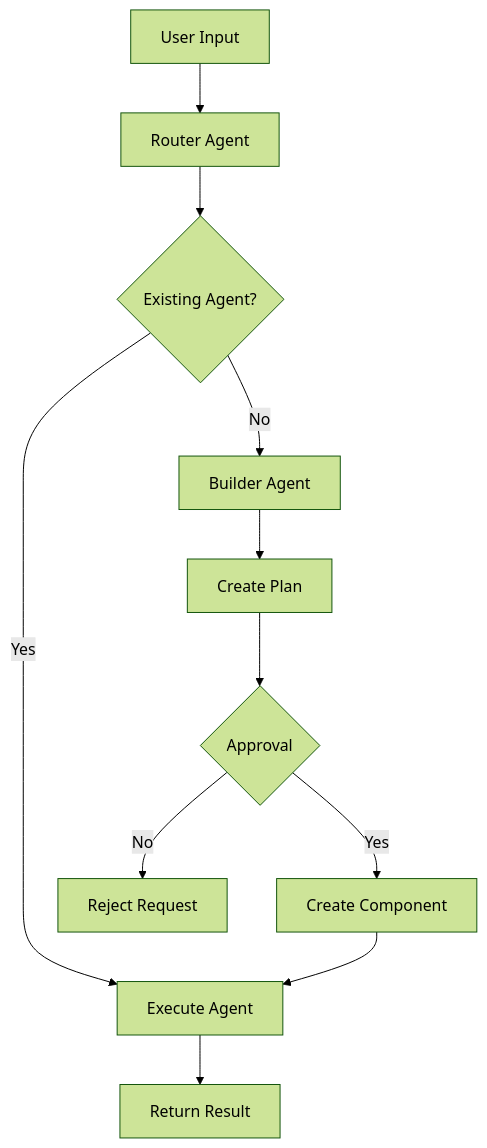
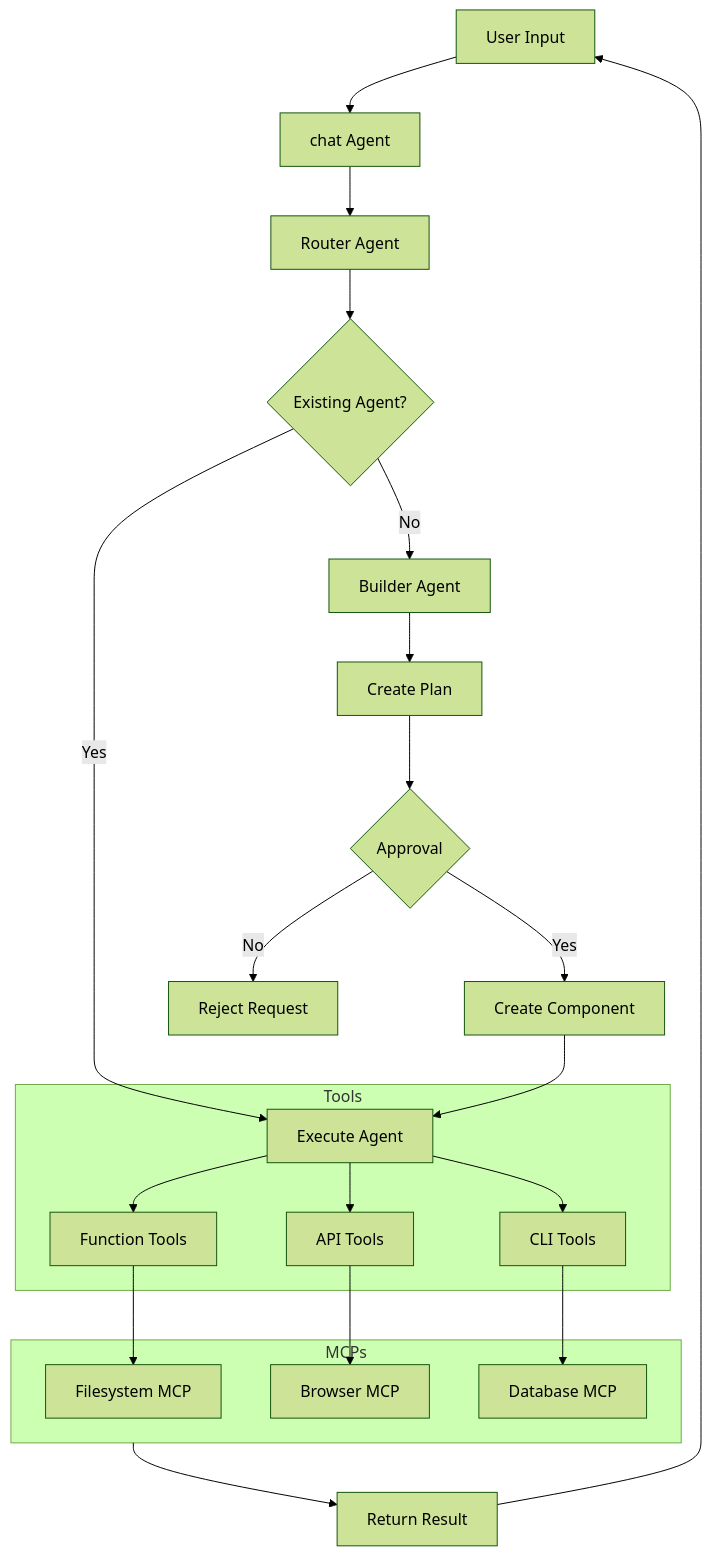
Before and after one commit to SweetingTech/Chatty: the diagram in docs/architecture.md, drawn with Mermaid (forest theme). The commit also changed other lines of this file and 34 other files, not shown here.

````diff
--- a/docs/architecture.md
+++ b/docs/architecture.md
@@ -123,13 +178,28 @@
 ```mermaid
 graph TD
-    User[User Input] --> Router[Router Agent]
+    User[User Input] --> chat[chat Agent]
+    chat --> Router[Router Agent]
     Router --> Existing{Existing Agent?}
     Existing -->|Yes| Agent[Execute Agent]
     Existing -->|No| Builder[Builder Agent]
     Builder --> Plan[Create Plan]
     Plan --> Approval{Approval}
     Approval -->|Yes| Create[Create Component]
     Approval -->|No| Reject[Reject Request]
     Create --> Agent
-    Agent --> Result[Return Result]
+    
+    subgraph Tools
+        Agent --> Function[Function Tools]
+        Agent --> API[API Tools]
+        Agent --> CLI[CLI Tools]
+    end
+    
+    subgraph MCPs
+        Function --> FMCP[Filesystem MCP]
+        API --> BMCP[Browser MCP]
+        CLI --> DMCP[Database MCP]
+    end
+    
+    MCPs --> Result[Return Result]
+    Result --> User
 ```
````
